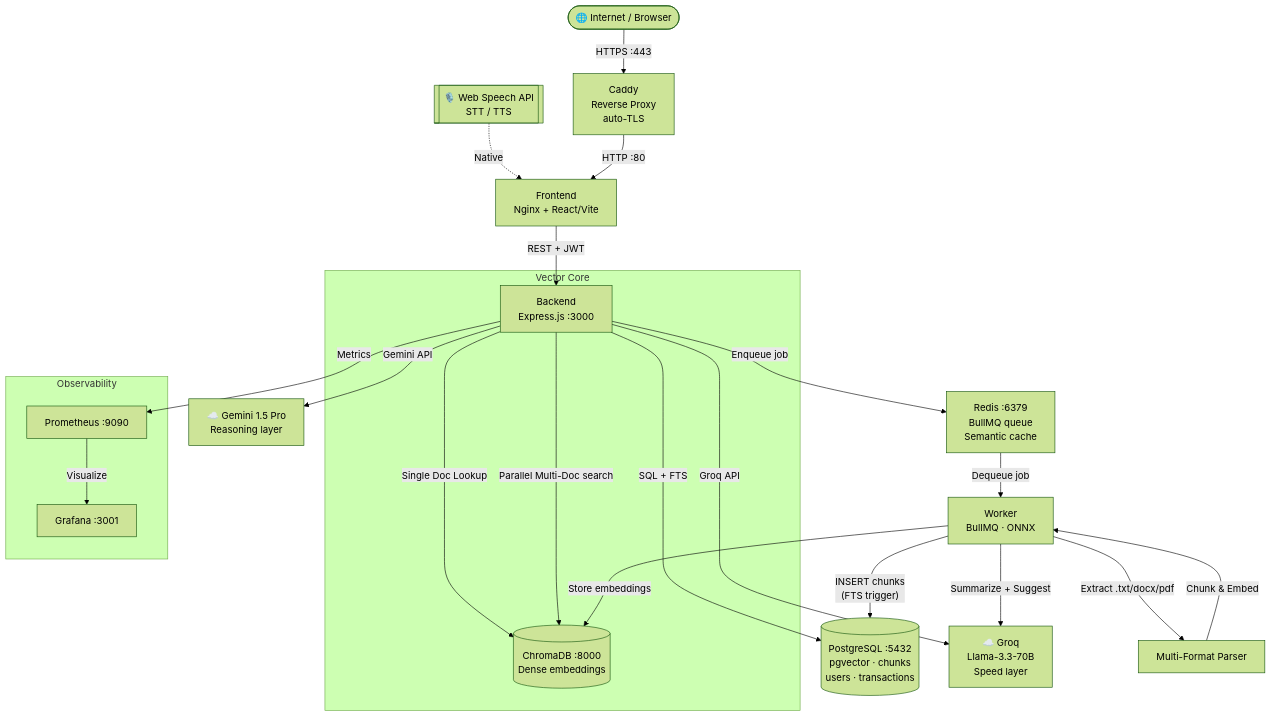
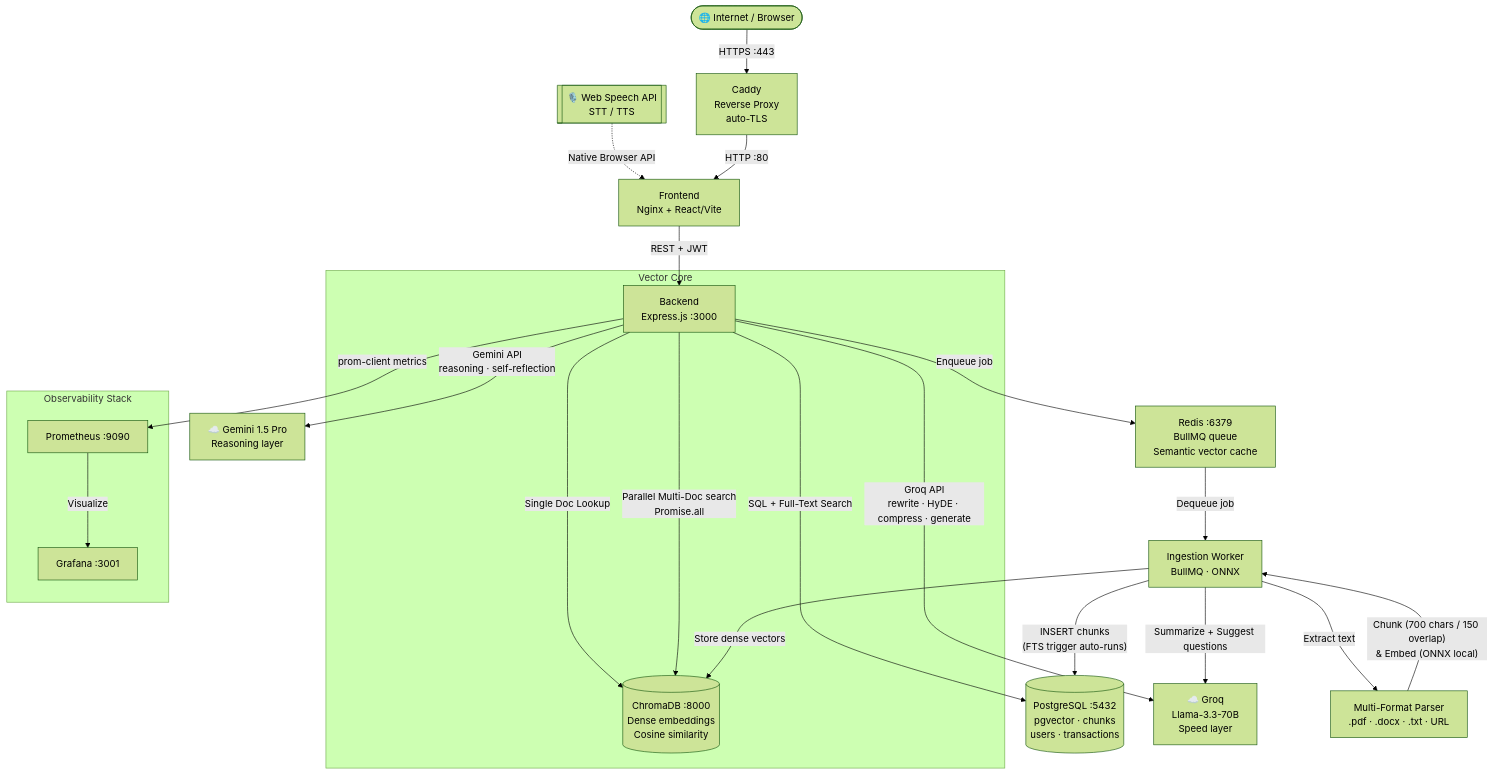
One commit to rajakumar123-commit/nexasense-ai-assistant changed the first of 6 diagrams in README.md. Above: the diagram before and after it, drawn with Mermaid (forest theme). The commit also changed other lines of this file, not shown here.

````diff
--- a/README.md
+++ b/README.md
@@ -214,36 +220,36 @@
 ```mermaid
 graph TD
     Internet(["🌐 Internet / Browser"])
     Voice[["🎙️ Web Speech API\nSTT / TTS"]]
     
     Internet -->|"HTTPS :443"| Caddy["Caddy\nReverse Proxy\nauto-TLS"]
-    Voice -.->|"Native"| FE
+    Voice -.->|"Native Browser API"| FE
     Caddy -->|"HTTP :80"| FE["Frontend\nNginx + React/Vite"]
 
     FE -->|"REST + JWT"| BE["Backend\nExpress.js :3000"]
 
-    BE -->|"Enqueue job"| Redis["Redis :6379\nBullMQ queue\nSemantic cache"]
-    BE -->|"SQL + FTS"| PG[("PostgreSQL :5432\npgvector · chunks\nusers · transactions")]
+    BE -->|"Enqueue job"| Redis["Redis :6379\nBullMQ queue\nSemantic vector cache"]
+    BE -->|"SQL + Full-Text Search"| PG[("PostgreSQL :5432\npgvector · chunks\nusers · transactions")]
     
     subgraph "Vector Core"
-        BE -->|"Single Doc Lookup"| Chroma[("ChromaDB :8000\nDense embeddings")]
-        BE -->|"Parallel Multi-Doc search"| Chroma
+        BE -->|"Single Doc Lookup"| Chroma[("ChromaDB :8000\nDense embeddings\nCosine similarity")]
+        BE -->|"Parallel Multi-Doc search\nPromise.all"| Chroma
     end
 
-    BE -->|"Groq API"| Groq["☁️ Groq\nLlama-3.3-70B\nSpeed layer"]
-    BE -->|"Gemini API"| Gemini["☁️ Gemini 1.5 Pro\nReasoning layer"]
+    BE -->|"Groq API\nrewrite · HyDE · compress · generate"| Groq["☁️ Groq\nLlama-3.3-70B\nSpeed layer"]
+    BE -->|"Gemini API\nreasoning · self-reflection"| Gemini["☁️ Gemini 1.5 Pro\nReasoning layer"]
 
-    Redis -->|"Dequeue job"| Worker["Worker\nBullMQ · ONNX"]
+    Redis -->|"Dequeue job"| Worker["Ingestion Worker\nBullMQ · ONNX"]
     
-    Worker -->|"Extract .txt/docx/pdf"| Parse["Multi-Format Parser"]
-    Parse -->|"Chunk & Embed"| Worker
+    Worker -->|"Extract text"| Parse["Multi-Format Parser\n.pdf · .docx · .txt · URL"]
+    Parse -->|"Chunk (700 chars / 150 overlap)\n& Embed (ONNX local)"| Worker
     
-    Worker -->|"INSERT chunks\n(FTS trigger)"| PG
-    Worker -->|"Store embeddings"| Chroma
-    Worker -->|"Summarize + Suggest"| Groq
+    Worker -->|"INSERT chunks\n(FTS trigger auto-runs)"| PG
+    Worker -->|"Store dense vectors"| Chroma
+    Worker -->|"Summarize + Suggest questions"| Groq
 
-    subgraph "Observability"
-        BE -->|"Metrics"| Prom["Prometheus :9090"]
+    subgraph "Observability Stack"
+        BE -->|"prom-client metrics"| Prom["Prometheus :9090"]
         Prom -->|"Visualize"| Graf["Grafana :3001"]
     end
 ```
````
